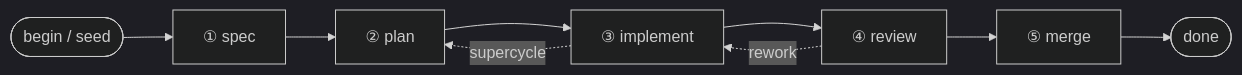
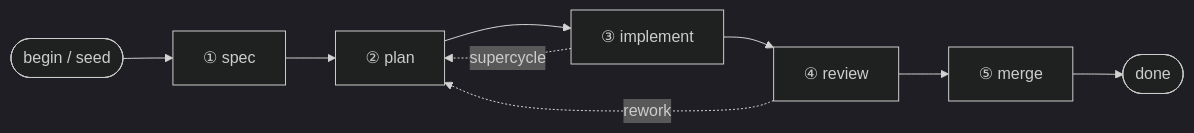
The seventh of 12 diagrams in docs/architecture.md (jpoimboe/imp), drawn with Mermaid (dark theme) before and after one commit. The commit also changed other lines of this file, not shown here.

First line of the commit message:
docs: sync architecture.md with default->imp workflow rename and phase rework

````diff
--- a/docs/architecture.md
+++ b/docs/architecture.md
@@ -134,11 +137,11 @@
 ```mermaid
 flowchart LR
   start([begin / seed]) --> SPEC["① spec"]
   SPEC --> PLAN["② plan"]
   PLAN --> IMPL["③ implement"]
   IMPL --> REVIEW["④ review"]
   REVIEW --> MERGE["⑤ merge"]
   MERGE --> done([done])
   IMPL -. "supercycle" .-> PLAN
-  REVIEW -. "rework" .-> IMPL
+  REVIEW -. "rework" .-> PLAN
 ```
````
